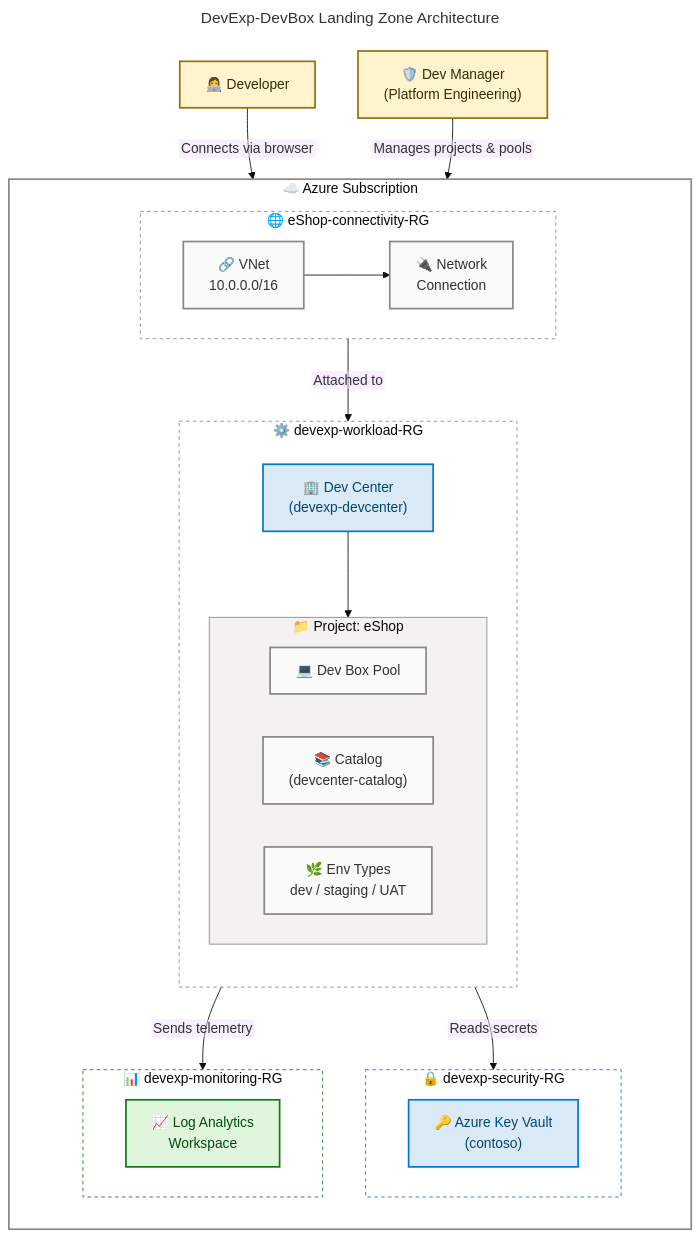
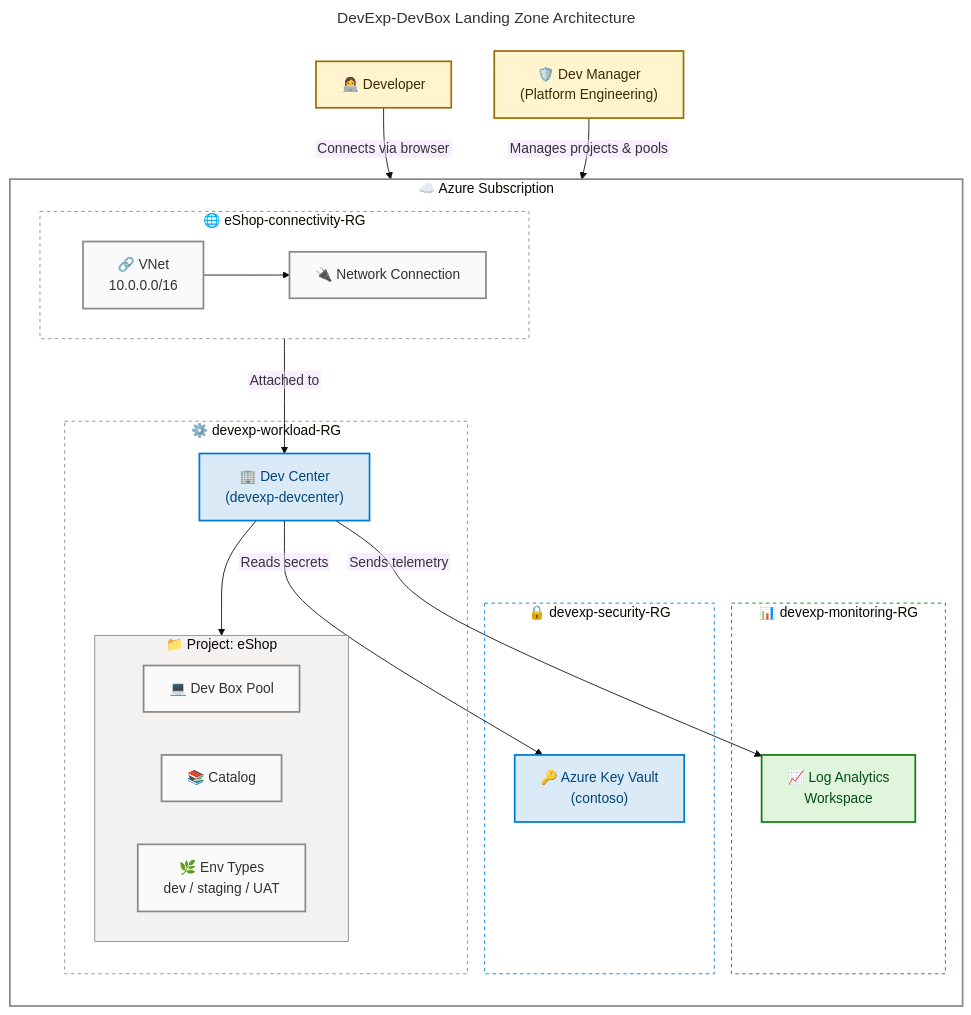
One commit to Evilazaro/DevExp-DevBox changed the diagram in README.md. Above: the diagram before and after it, drawn with Mermaid. The commit also changed other lines of this file, not shown here.

````diff
--- a/README.md
+++ b/README.md
@@ -98,78 +84,67 @@
 ```mermaid
 ---
 title: DevExp-DevBox Landing Zone Architecture
 config:
   theme: base
   themeVariables:
     fontSize: '16px'
   flowchart:
     htmlLabels: false
 ---
 flowchart TB
     accTitle: DevExp-DevBox Landing Zone Architecture
     accDescr: Azure Landing Zone layout with Security, Monitoring and Workload resource groups. The Dev Center hosts projects with managed network connections.
 
-    %% ═══════════════════════════════════════════════════════════════════════════
-    %% AZURE / FLUENT ARCHITECTURE PATTERN v1.1
-    %% Semantic: primary=Azure core, success=healthy resources, warning=external actor
-    %% Structural: white containers per resource group boundary
-    %% Font governance: #323130 on neutral/primary, #3B2C00 on warning
-    %% Max 3 semantic fill colors within 5-color limit
-    %% ═══════════════════════════════════════════════════════════════════════════
-
-    classDef external  fill:#FFF4CE,stroke:#986F0B,stroke-width:2px,color:#3B2C00
-    classDef primary   fill:#DAEAF7,stroke:#0078D4,stroke-width:2px,color:#004578
-    classDef neutral   fill:#FAFAFA,stroke:#8A8886,stroke-width:2px,color:#323130
-    classDef success   fill:#DFF6DD,stroke:#107C10,stroke-width:2px,color:#054B16
+    classDef external fill:#FFF4CE,stroke:#986F0B,stroke-width:2px,color:#3B2C00
+    classDef primary  fill:#DAEAF7,stroke:#0078D4,stroke-width:2px,color:#004578
+    classDef neutral  fill:#FAFAFA,stroke:#8A8886,stroke-width:2px,color:#323130
+    classDef success  fill:#DFF6DD,stroke:#107C10,stroke-width:2px,color:#054B16
 
     Developer["👩‍💻 Developer"]:::external
     DevManager["🛡️ Dev Manager\n(Platform Engineering)"]:::external
 
     subgraph sub["☁️ Azure Subscription"]
         direction TB
 
         subgraph secRG["🔒 devexp-security-RG"]
-            direction LR
             KV["🔑 Azure Key Vault\n(contoso)"]:::primary
         end
 
         subgraph monRG["📊 devexp-monitoring-RG"]
-            direction LR
             LA["📈 Log Analytics\nWorkspace"]:::success
         end
 
         subgraph wlRG["⚙️ devexp-workload-RG"]
-            direction TB
             DC["🏢 Dev Center\n(devexp-devcenter)"]:::primary
 
             subgraph proj["📁 Project: eShop"]
                 direction LR
                 Pool["💻 Dev Box Pool"]:::neutral
-                Cat["📚 Catalog\n(devcenter-catalog)"]:::neutral
+                Cat["📚 Catalog"]:::neutral
                 EnvTypes["🌿 Env Types\ndev / staging / UAT"]:::neutral
             end
 
             DC --> proj
         end
 
         subgraph netRG["🌐 eShop-connectivity-RG"]
             direction LR
             VNet["🔗 VNet\n10.0.0.0/16"]:::neutral
-            NC["🔌 Network\nConnection"]:::neutral
+            NC["🔌 Network Connection"]:::neutral
             VNet --> NC
         end
     end
 
     Developer -->|"Connects via browser"| Pool
     DevManager -->|"Manages projects & pools"| DC
     DC -->|"Reads secrets"| KV
     DC -->|"Sends telemetry"| LA
     NC -->|"Attached to"| DC
 
-    style sub   fill:#FFFFFF,stroke:#8A8886,stroke-width:2px
-    style secRG fill:#FFFFFF,stroke:#0078D4,stroke-width:1px,stroke-dasharray:4 4
-    style monRG fill:#FFFFFF,stroke:#107C10,stroke-width:1px,stroke-dasharray:4 4
-    style wlRG  fill:#FFFFFF,stroke:#8A8886,stroke-width:1px,stroke-dasharray:4 4
-    style netRG fill:#FFFFFF,stroke:#8A8886,stroke-width:1px,stroke-dasharray:4 4
-    style proj  fill:#F3F2F1,stroke:#8A8886,stroke-width:1px
+    style sub    fill:#FFFFFF,stroke:#8A8886,stroke-width:2px
+    style secRG  fill:#FFFFFF,stroke:#0078D4,stroke-width:1px,stroke-dasharray:4 4
+    style monRG  fill:#FFFFFF,stroke:#107C10,stroke-width:1px,stroke-dasharray:4 4
+    style wlRG   fill:#FFFFFF,stroke:#8A8886,stroke-width:1px,stroke-dasharray:4 4
+    style netRG  fill:#FFFFFF,stroke:#8A8886,stroke-width:1px,stroke-dasharray:4 4
+    style proj   fill:#F3F2F1,stroke:#8A8886,stroke-width:1px
 ```
````
